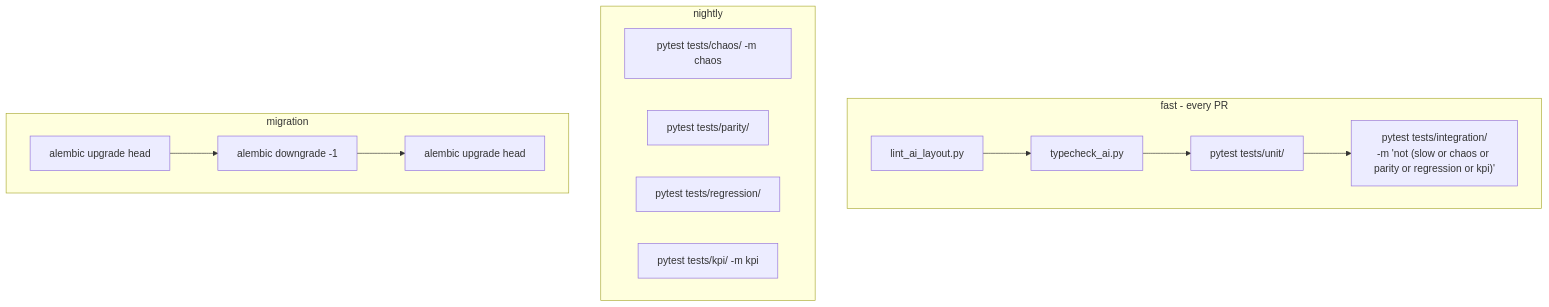
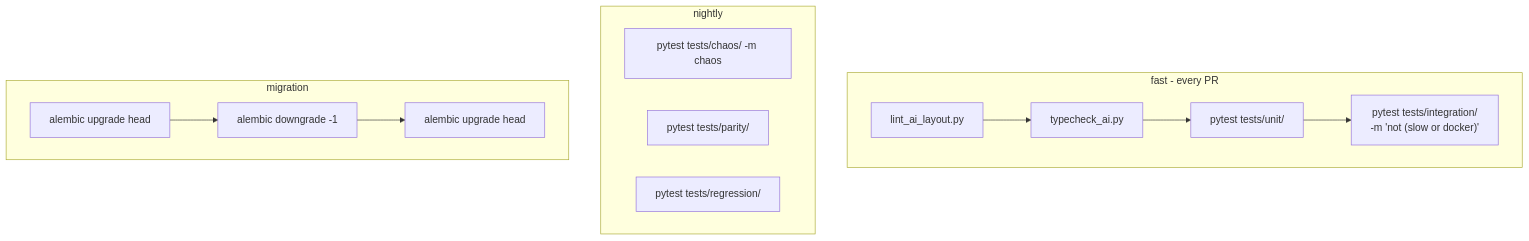
One commit to gondolerahul/hire-buddha-app changed the tenth of 11 diagrams in docs/current/19-testing.md. Above: the diagram before and after it, drawn with Mermaid. The commit also changed other lines of this file and 8 other files, not shown here.

````diff
--- a/docs/current/19-testing.md
+++ b/docs/current/19-testing.md
@@ -908,18 +894,17 @@
 ```mermaid
 flowchart TD
     subgraph Fast["fast - every PR"]
         F1["lint_ai_layout.py"] --> F2["typecheck_ai.py"]
         F2 --> F3["pytest tests/unit/"]
-        F3 --> F4["pytest tests/integration/<br/>-m 'not (slow or chaos or parity or regression or kpi)'"]
+        F3 --> F4["pytest tests/integration/<br/>-m 'not (slow or docker)'"]
     end
     subgraph Nightly["nightly"]
         N1["pytest tests/chaos/ -m chaos"]
         N2["pytest tests/parity/"]
         N3["pytest tests/regression/"]
-        N4["pytest tests/kpi/ -m kpi"]
     end
     subgraph Migration["migration"]
         M1["alembic upgrade head"] --> M2["alembic downgrade -1"]
         M2 --> M3["alembic upgrade head"]
     end
 ```
````
